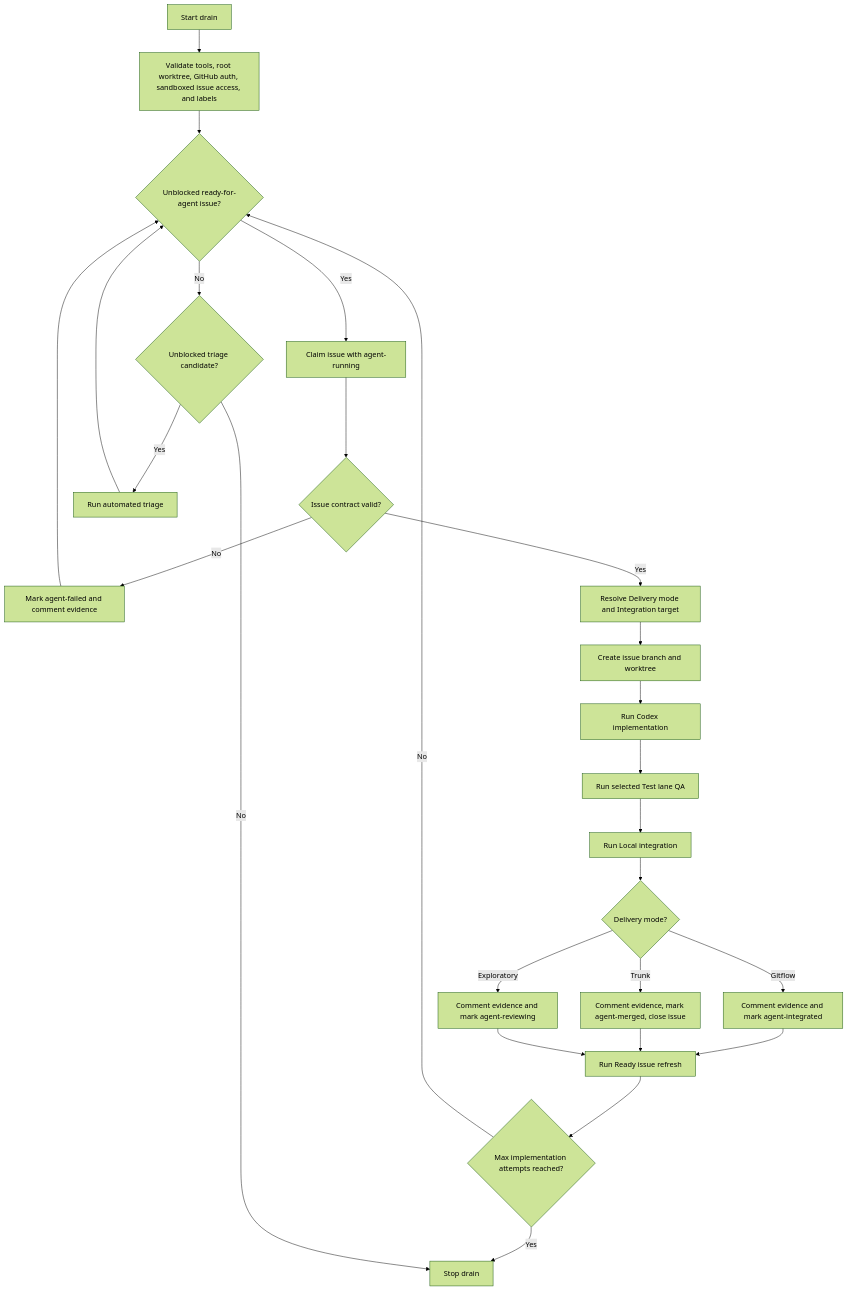
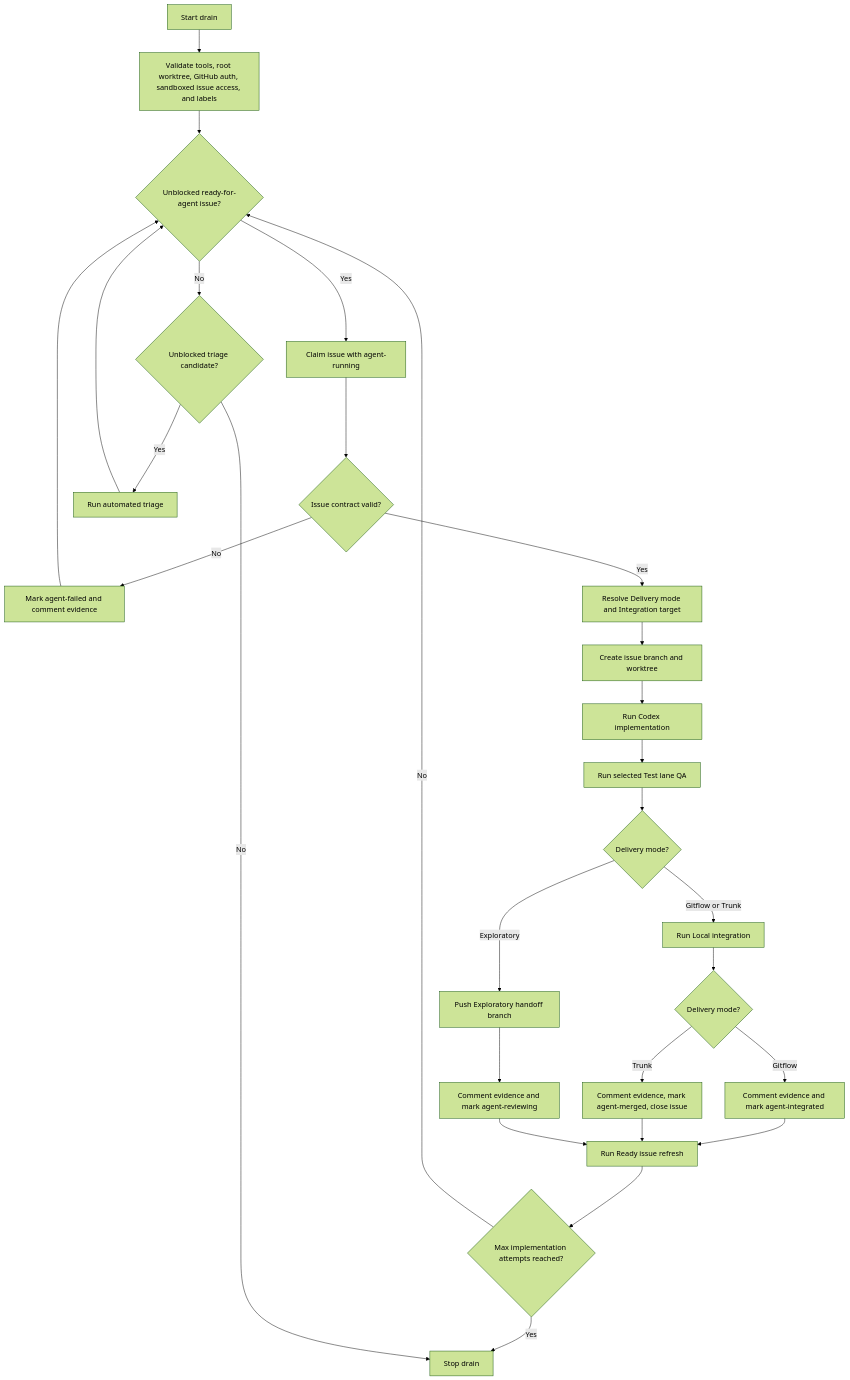
The first of 2 diagrams in docs/agents/ralph-loop.md (Chr1sC0de/energy-market-delta-lake), drawn with Mermaid (forest theme) before and after one commit. The commit also changed other lines of this file and 12 other files, not shown here.

Commit message:
Implement issue #89: Push Exploratory branches as Ralph handoff artifacts

````diff
--- a/docs/agents/ralph-loop.md
+++ b/docs/agents/ralph-loop.md
@@ -63,28 +66,30 @@
 ```mermaid
 flowchart TD
   START[Start drain] --> PREFLIGHT[Validate tools, root worktree, GitHub auth, sandboxed issue access, and labels]
   PREFLIGHT --> READY{Unblocked ready-for-agent issue?}
   READY -->|Yes| CLAIM[Claim issue with agent-running]
   CLAIM --> CONTRACT{Issue contract valid?}
   CONTRACT -->|No| FAIL[Mark agent-failed and comment evidence]
   CONTRACT -->|Yes| MODE[Resolve Delivery mode and Integration target]
   MODE --> WORKTREE[Create issue branch and worktree]
   WORKTREE --> CODEX[Run Codex implementation]
   CODEX --> QA[Run selected Test lane QA]
-  QA --> INTEGRATE[Run Local integration]
-  INTEGRATE --> DONE{Delivery mode?}
-  DONE -->|Gitflow| STAGE[Comment evidence and mark agent-integrated]
-  DONE -->|Trunk| CLOSE[Comment evidence, mark agent-merged, close issue]
-  DONE -->|Exploratory| REVIEW[Comment evidence and mark agent-reviewing]
+  QA --> DONE{Delivery mode?}
+  DONE -->|Gitflow or Trunk| INTEGRATE[Run Local integration]
+  INTEGRATE --> DONE2{Delivery mode?}
+  DONE -->|Exploratory| HANDOFF[Push Exploratory handoff branch]
+  HANDOFF --> REVIEW[Comment evidence and mark agent-reviewing]
+  DONE2 -->|Gitflow| STAGE[Comment evidence and mark agent-integrated]
+  DONE2 -->|Trunk| CLOSE[Comment evidence, mark agent-merged, close issue]
   STAGE --> REFRESH[Run Ready issue refresh]
   CLOSE --> REFRESH
   REVIEW --> REFRESH
   REFRESH --> LIMIT{Max implementation attempts reached?}
   LIMIT -->|No| READY
   LIMIT -->|Yes| STOP[Stop drain]
   READY -->|No| TRIAGE{Unblocked triage candidate?}
   TRIAGE -->|Yes| TRIAGEPASS[Run automated triage]
   TRIAGEPASS --> READY
   TRIAGE -->|No| STOP
   FAIL --> READY
 ```
````
